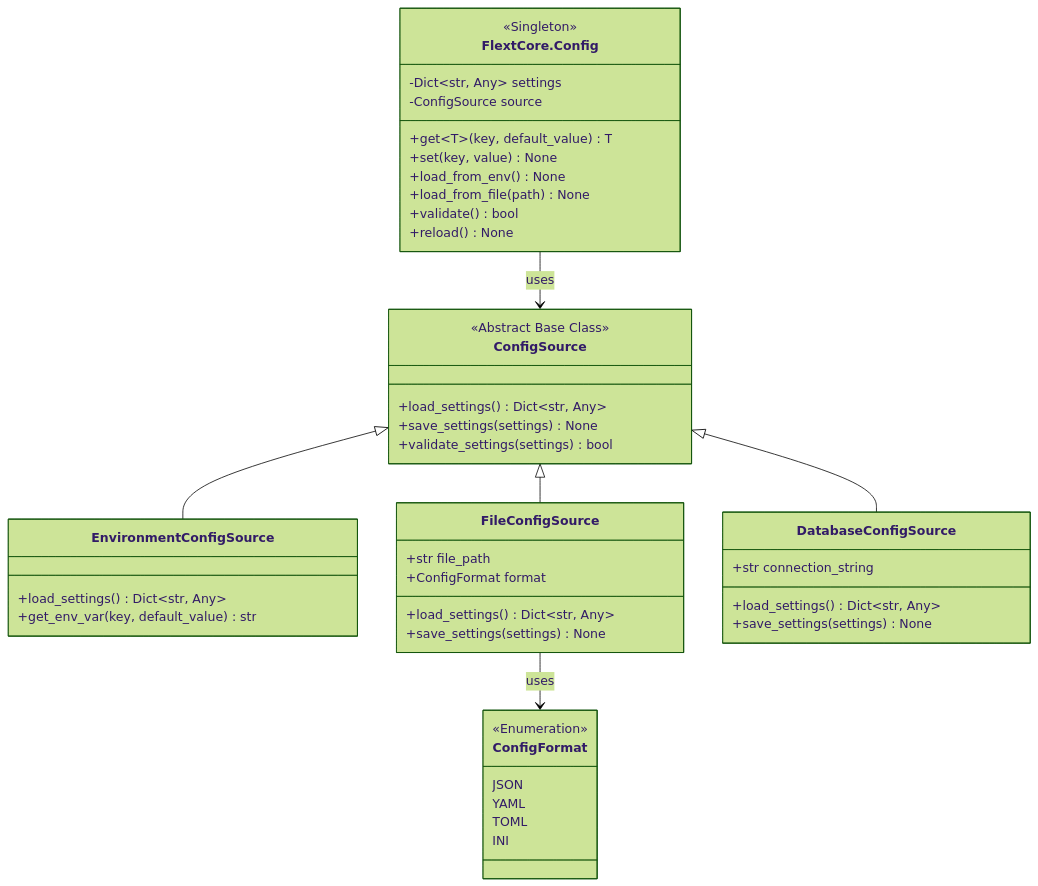
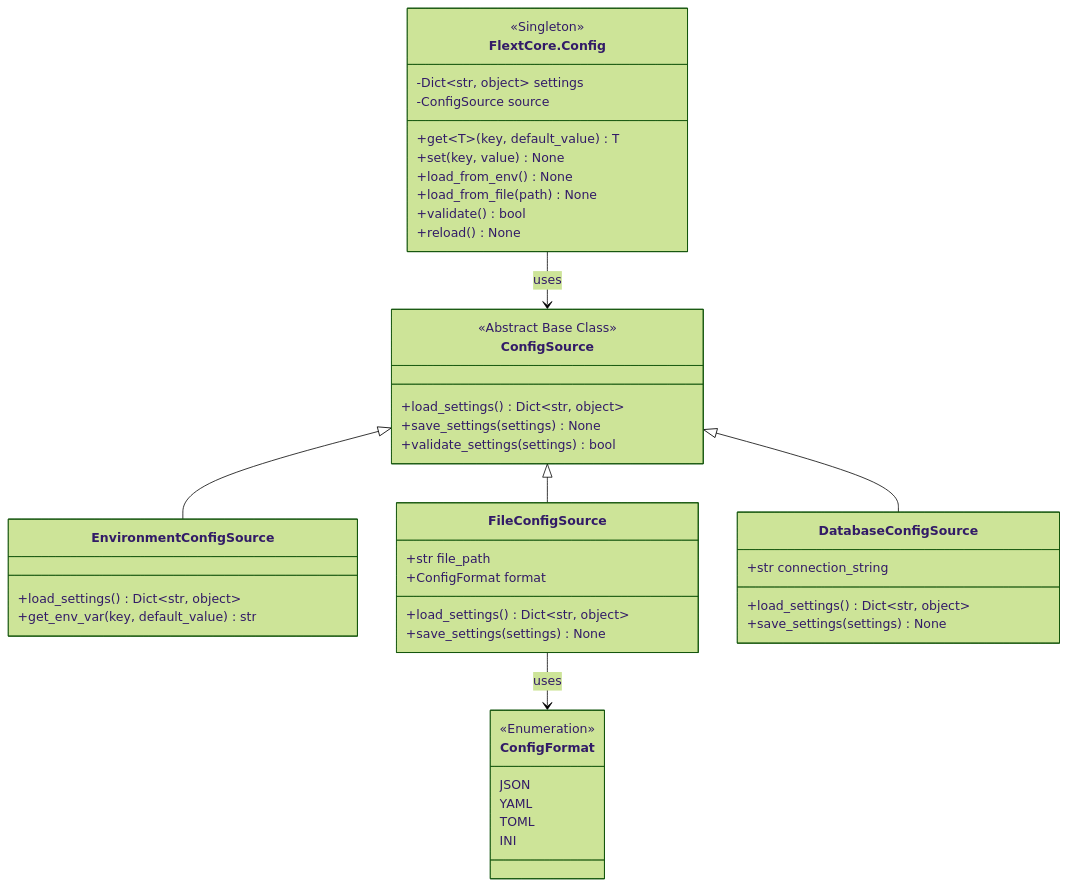
One commit to flext-sh/flext changed the ninth of 10 diagrams in docs/architecture/c4-model/code-diagrams.md. Above: the diagram before and after it, drawn with Mermaid (forest theme). The commit also changed 22 other files, not shown here.

````diff
--- a/docs/architecture/c4-model/code-diagrams.md
+++ b/docs/architecture/c4-model/code-diagrams.md
@@ -421,53 +421,53 @@
 ```mermaid
 classDiagram
     class FlextCore.Config {
         <<Singleton>>
-        -Dict~str, Any~ settings
+        -Dict~str, object~ settings
         -ConfigSource source
         +get~T~(key, default_value) T
         +set(key, value) None
         +load_from_env() None
         +load_from_file(path) None
         +validate() bool
         +reload() None
     }
 
     class ConfigSource {
         <<Abstract Base Class>>
-        +load_settings() Dict~str, Any~
+        +load_settings() Dict~str, object~
         +save_settings(settings) None
         +validate_settings(settings) bool
     }
 
     class EnvironmentConfigSource {
-        +load_settings() Dict~str, Any~
+        +load_settings() Dict~str, object~
         +get_env_var(key, default_value) str
     }
 
     class FileConfigSource {
         +str file_path
         +ConfigFormat format
-        +load_settings() Dict~str, Any~
+        +load_settings() Dict~str, object~
         +save_settings(settings) None
     }
 
     class DatabaseConfigSource {
         +str connection_string
-        +load_settings() Dict~str, Any~
+        +load_settings() Dict~str, object~
         +save_settings(settings) None
     }
 
     class ConfigFormat {
         <<Enumeration>>
         JSON
         YAML
         TOML
         INI
     }
 
     FlextCore.Config --> ConfigSource : uses
     ConfigSource <|-- EnvironmentConfigSource
     ConfigSource <|-- FileConfigSource
     ConfigSource <|-- DatabaseConfigSource
     FileConfigSource --> ConfigFormat : uses
 ```
````
